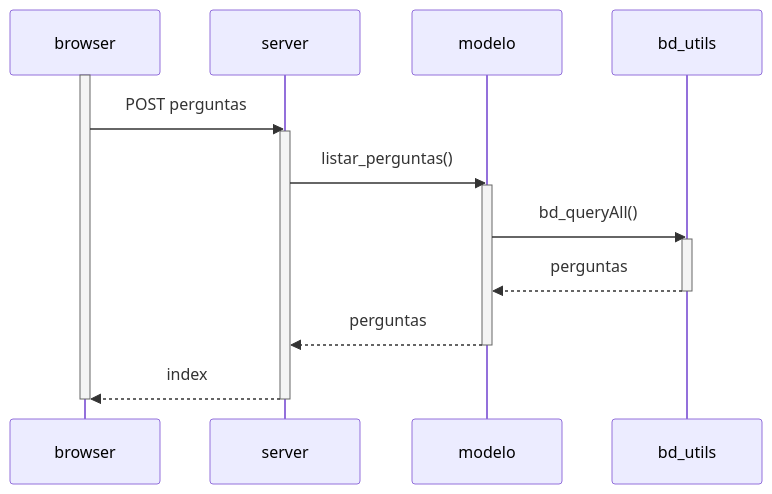
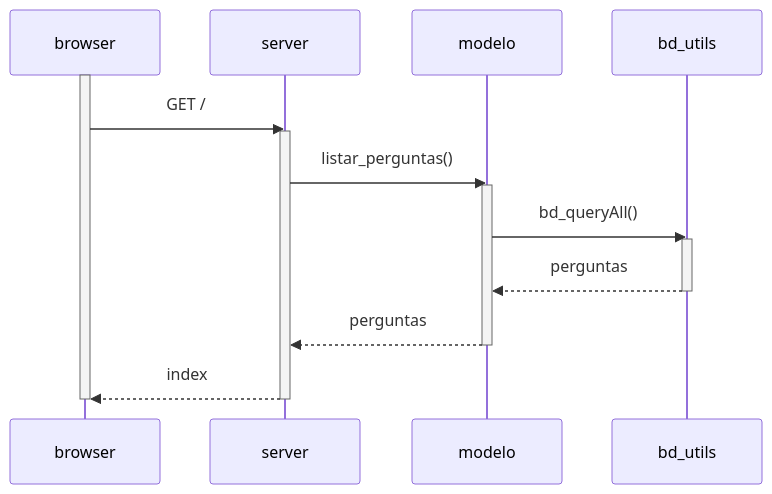
Before and after one commit to mtov/esmforum: the first of 2 diagrams in docs/uml.md, drawn with Mermaid. The commit also changed other lines of this file, not shown here.

````diff
--- a/docs/uml.md
+++ b/docs/uml.md
@@ -2,17 +5,17 @@
 ```mermaid
     sequenceDiagram
         activate browser
-	browser->>server: POST perguntas 
+	browser->>server: GET / 
         activate server
         server->>modelo: listar_perguntas()
         activate modelo
         modelo->>bd_utils: bd_queryAll()
         activate bd_utils
         bd_utils-->>modelo: perguntas
         deactivate bd_utils
         modelo-->>server: perguntas
         deactivate modelo
 	server-->>browser: index
 	deactivate server
 	deactivate browser
 ```	
````
